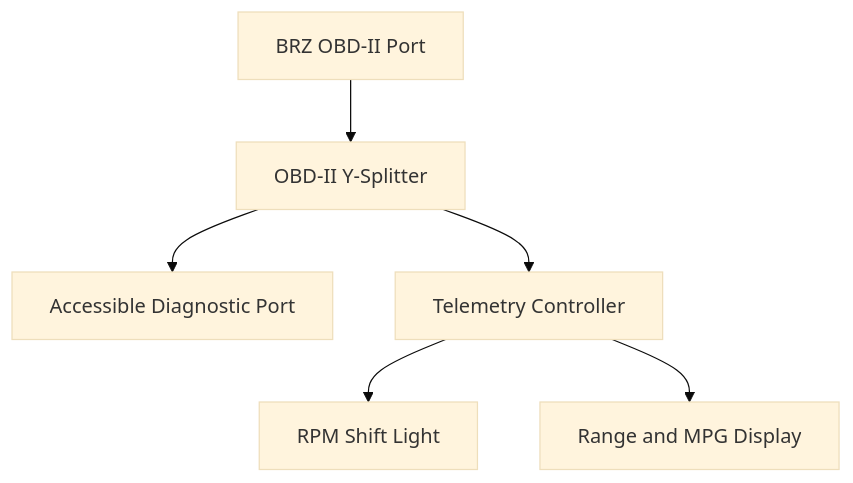
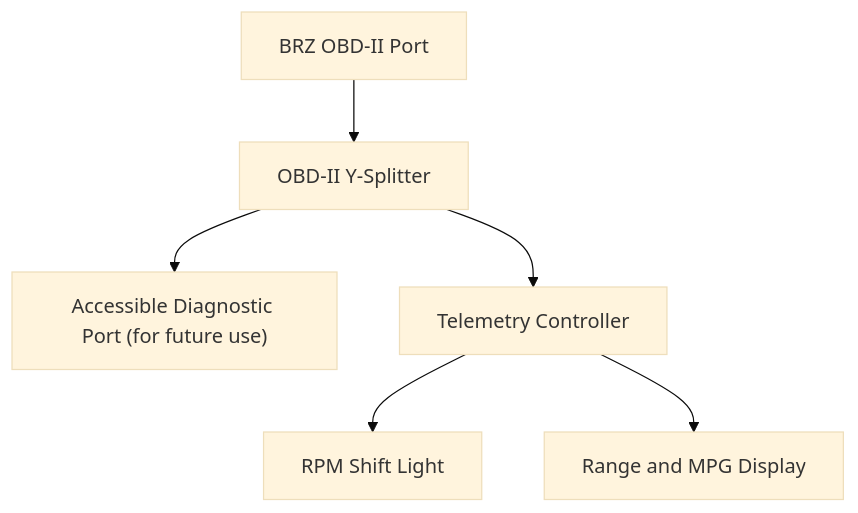
Before and after one commit to r1kochet/brz-telemetry-system: the diagram in docs/architecture.md, drawn with Mermaid (base theme). The commit also changed 1 other file, not shown here.

Commit message:
Added Feather M4 CAN blink test
- elaborated on auxiliary OBD port
- added first bench-test firmware and verified compilation and upload to Feather

````diff
--- a/docs/architecture.md
+++ b/docs/architecture.md
@@ -7,8 +7,8 @@
 ```mermaid
 flowchart TD
     OBD["BRZ OBD-II Port"] --> SPLIT["OBD-II Y-Splitter"]
-    SPLIT --> SERVICE["Accessible Diagnostic Port"]
+    SPLIT --> SERVICE["Accessible Diagnostic Port (for future use)"]
     SPLIT --> CTRL["Telemetry Controller"]
     CTRL --> SHIFT["RPM Shift Light"]
     CTRL --> FUEL["Range and MPG Display"]
 ```
````
